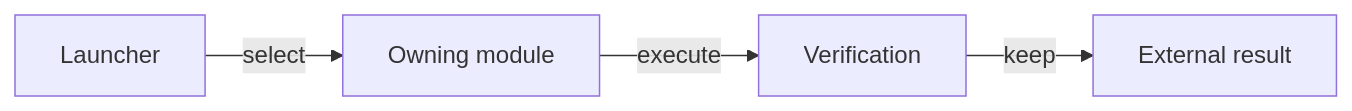
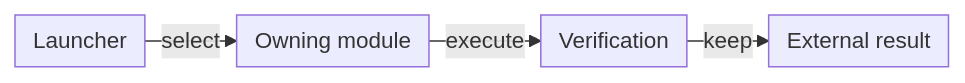
One commit to crististefanita/whist changed the diagram in scripts/README.md. Above: the diagram before and after it, drawn with Mermaid. The commit also changed 38 other files, not shown here.

````diff
--- a/scripts/README.md
+++ b/scripts/README.md
@@ -25,6 +25,7 @@
 ```mermaid
+%%{init: {"themeVariables":{"fontSize":"15px"},"themeCSS":".edgeLabel, .edgeLabel p { font-size: 12px !important; } .node rect { rx: 6px; ry: 6px; }","flowchart":{"curve":"linear","nodeSpacing":24,"rankSpacing":22,"padding":6},"sequence":{"mirrorActors":false,"messageMargin":24,"wrap":true}}}%%
 flowchart LR
-    RUN[Launcher] -->|select| MODULE[Owning module]
-    MODULE -->|execute| CHECK[Verification]
-    CHECK -->|keep| OUT[External result]
+    RUN["Launcher"] -->|select| MODULE["Owning module"]
+    MODULE -->|execute| CHECK["Verification"]
+    CHECK -->|keep| OUT["External result"]
 ```
````
